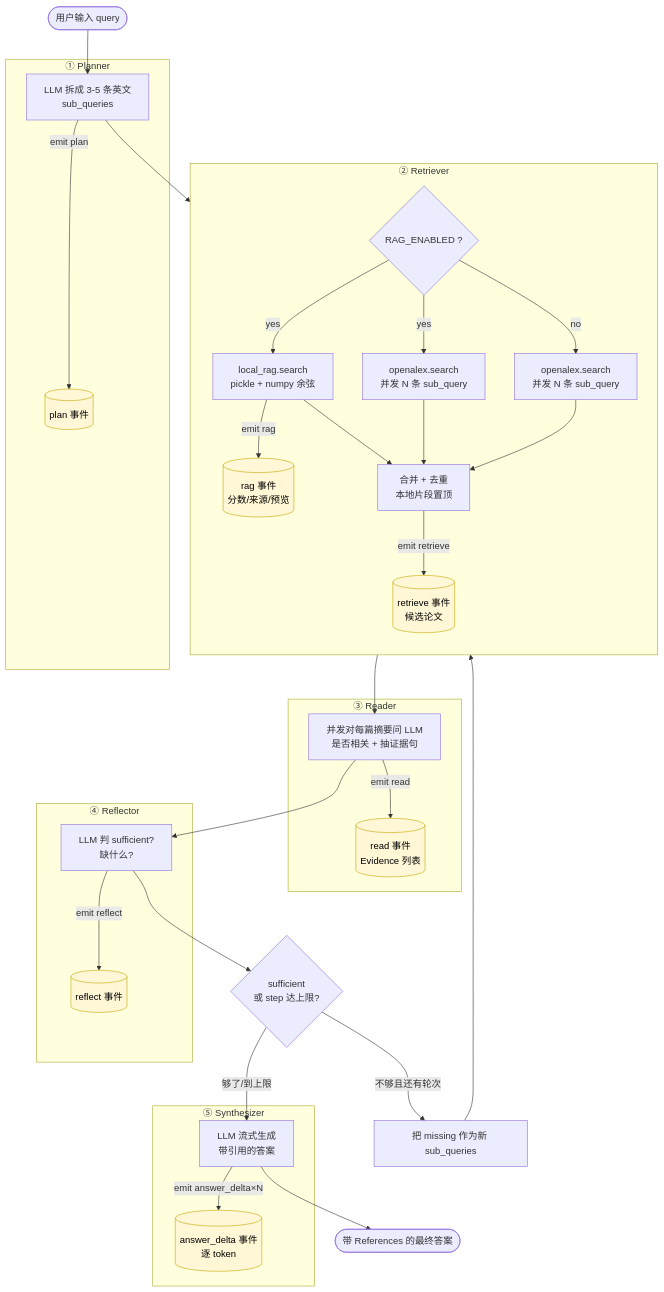
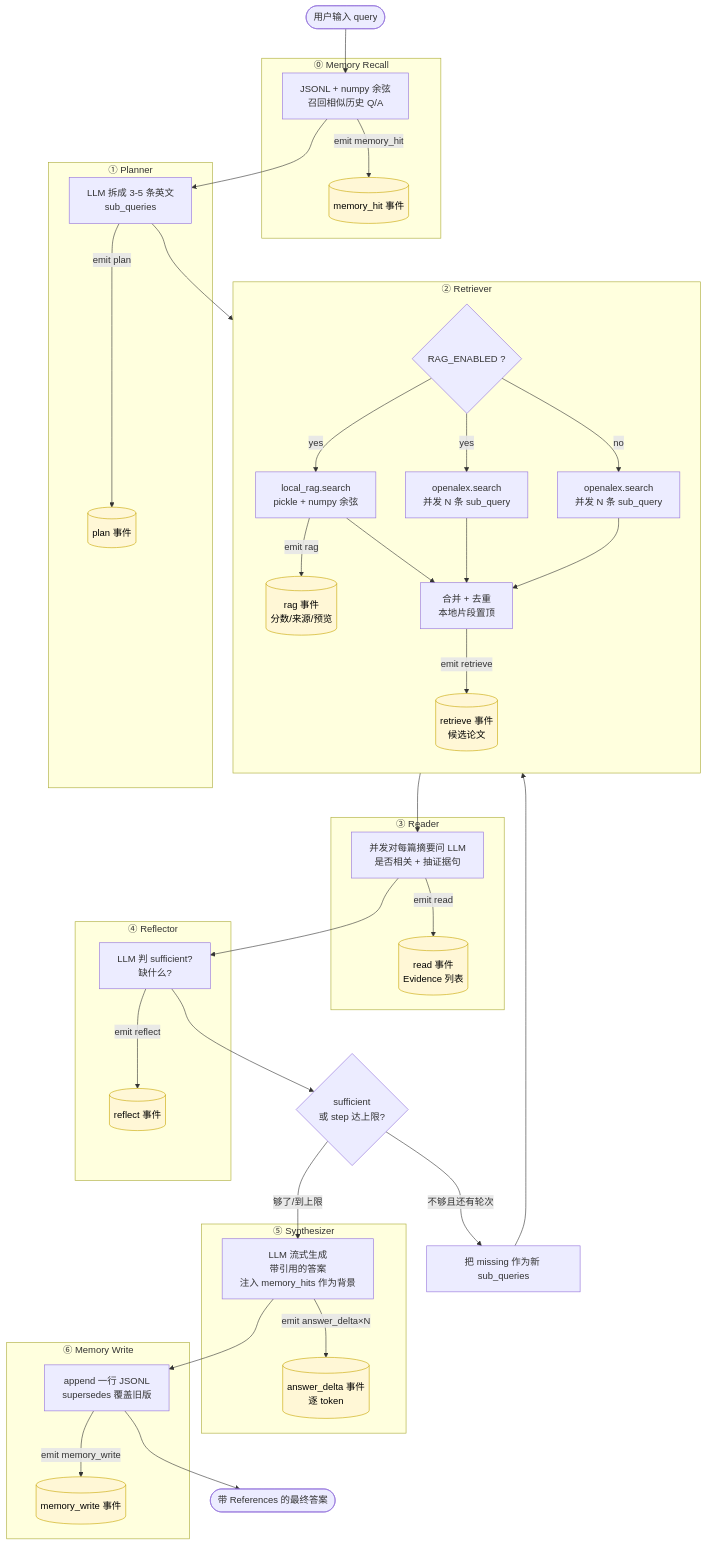
Before and after one commit to yanxp/AiProjects: the diagram in agent-search/README.md, drawn with Mermaid. The commit also changed other lines of this file and 9 other files, not shown here.

First line of the commit message:
feat(agent-search): episodic memory MVP (recall + supersedes update)

````diff
--- a/agent-search/README.md
+++ b/agent-search/README.md
@@ -12,55 +12,69 @@
 ```mermaid
 flowchart TD
     U([用户输入 query])
-    U --> P
+    U --> MR
+
+    subgraph Mem0["⓪ Memory Recall"]
+      MR[JSONL + numpy 余弦<br/>召回相似历史 Q/A]
+      MR -->|emit memory_hit| MRE[("memory_hit 事件")]
+    end
+
+    MR --> P
 
     subgraph Plan["① Planner"]
       P[LLM 拆成 3-5 条英文<br/>sub_queries]
       P -->|emit plan| PE[("plan 事件")]
     end
 
     P --> R
 
     subgraph Retrieve["② Retriever"]
       direction TB
       R{RAG_ENABLED ?}
       R -- yes --> RAG[local_rag.search<br/>pickle + numpy 余弦]
       R -- yes --> OA1[openalex.search<br/>并发 N 条 sub_query]
       R -- no --> OA2[openalex.search<br/>并发 N 条 sub_query]
       RAG -->|emit rag| RE[("rag 事件<br/>分数/来源/预览")]
       RAG --> MERGE[合并 + 去重<br/>本地片段置顶]
       OA1 --> MERGE
       OA2 --> MERGE
       MERGE -->|emit retrieve| RVE[("retrieve 事件<br/>候选论文")]
     end
 
     MERGE --> RD
 
     subgraph Read["③ Reader"]
       RD[并发对每篇摘要问 LLM<br/>是否相关 + 抽证据句]
       RD -->|emit read| RDE[("read 事件<br/>Evidence 列表")]
     end
 
     RD --> RF
 
     subgraph Reflect["④ Reflector"]
       RF[LLM 判 sufficient?<br/>缺什么?]
       RF -->|emit reflect| RFE[("reflect 事件")]
     end
 
     RF --> DEC{sufficient<br/>或 step 达上限?}
     DEC -- 不够且还有轮次 --> P2[把 missing 作为新 sub_queries]
     P2 --> R
 
     DEC -- 够了/到上限 --> SY
 
     subgraph Synth["⑤ Synthesizer"]
-      SY[LLM 流式生成<br/>带引用的答案]
+      SY[LLM 流式生成<br/>带引用的答案<br/>注入 memory_hits 作为背景]
       SY -->|emit answer_delta×N| SYE[("answer_delta 事件<br/>逐 token")]
     end
 
-    SY --> OUT([带 References 的最终答案])
+    SY --> MW
+
+    subgraph Mem1["⑥ Memory Write"]
+      MW[append 一行 JSONL<br/>supersedes 覆盖旧版]
+      MW -->|emit memory_write| MWE[("memory_write 事件")]
+    end
+
+    MW --> OUT([带 References 的最终答案])
 
     classDef event fill:#fff7d6,stroke:#c7a600,stroke-width:1px,color:#000
-    class PE,RE,RVE,RDE,RFE,SYE event
+    class PE,RE,RVE,RDE,RFE,SYE,MRE,MWE event
 ```
````
